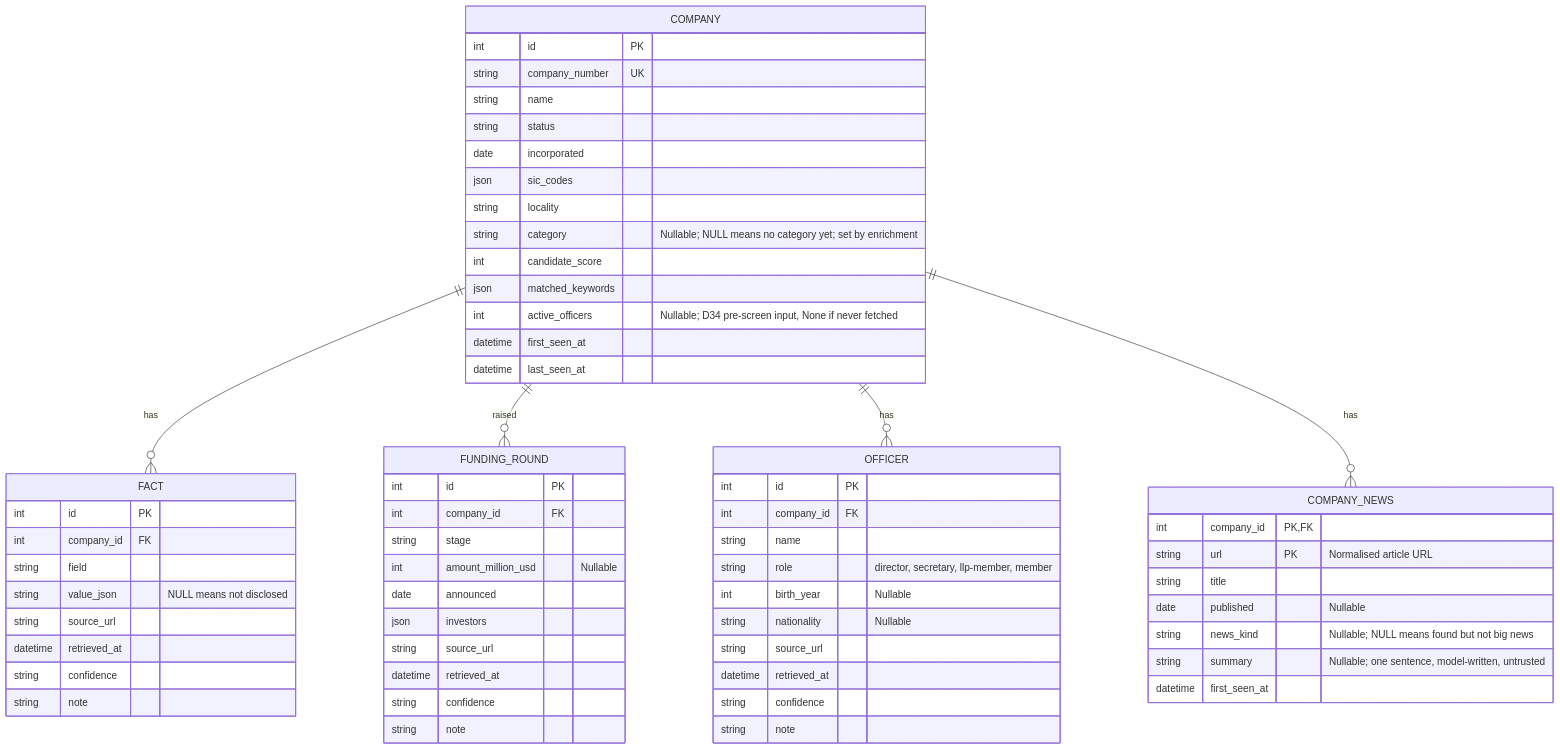
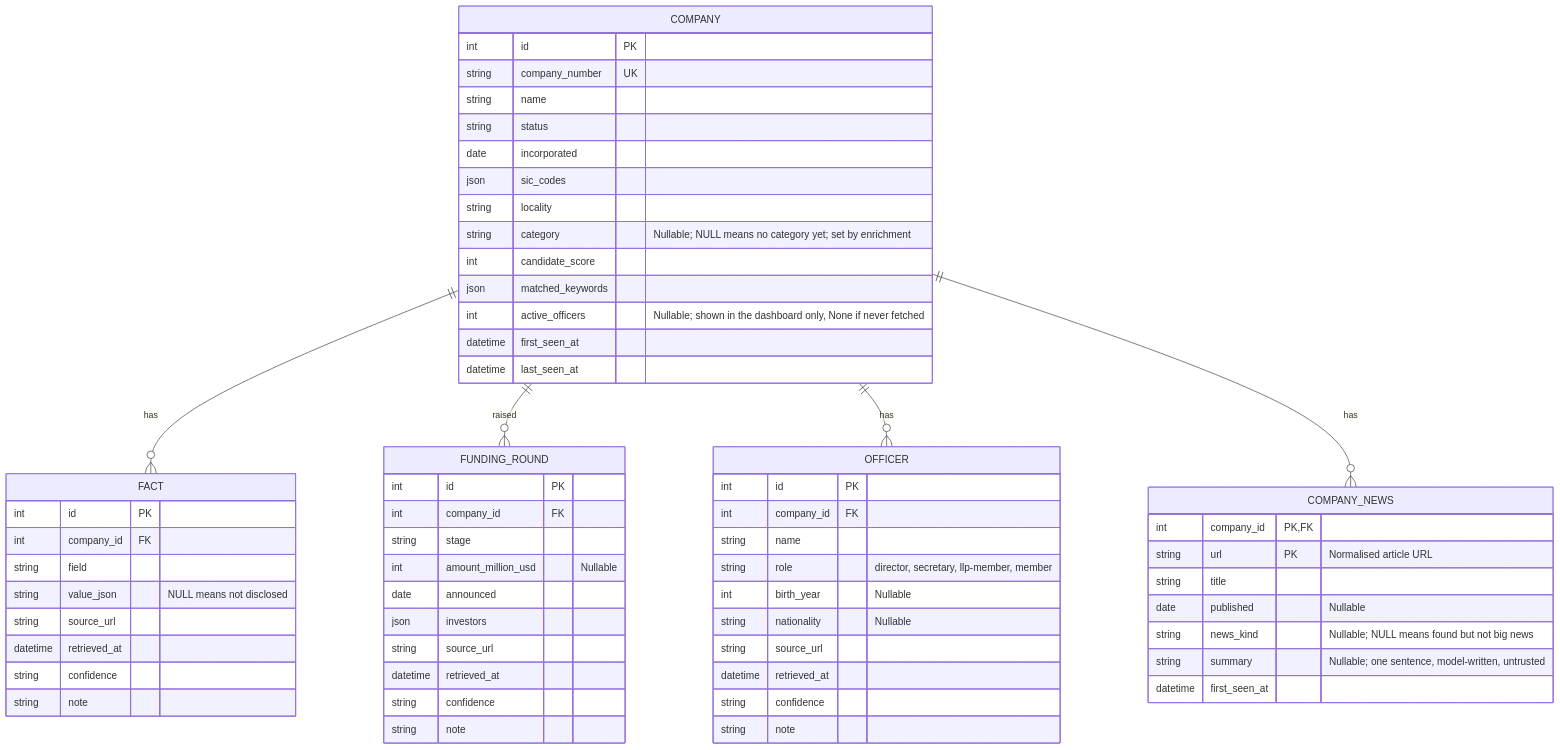
The first of 2 diagrams in docs/architecture/2. data-model.md (Farzaanee/sprout), drawn with Mermaid before and after one commit. The commit also changed other lines of this file and 31 other files, not shown here.

````diff
--- a/docs/architecture/2. data-model.md
+++ b/docs/architecture/2. data-model.md
@@ -7,65 +7,65 @@
 ```mermaid
 erDiagram
     COMPANY ||--o{ FACT : has
     COMPANY ||--o{ FUNDING_ROUND : raised
     COMPANY ||--o{ OFFICER : has
     COMPANY ||--o{ COMPANY_NEWS : has
     COMPANY {
         int id PK
         string company_number UK
         string name
         string status
         date incorporated
         json sic_codes
         string locality
         string category "Nullable; NULL means no category yet; set by enrichment"
         int candidate_score
         json matched_keywords
-        int active_officers "Nullable; D34 pre-screen input, None if never fetched"
+        int active_officers "Nullable; shown in the dashboard only, None if never fetched"
         datetime first_seen_at
         datetime last_seen_at
     }
     FACT {
         int id PK
         int company_id FK
         string field
         string value_json "NULL means not disclosed"
         string source_url
         datetime retrieved_at
         string confidence
         string note
     }
     FUNDING_ROUND {
         int id PK
         int company_id FK
         string stage
         int amount_million_usd "Nullable"
         date announced
         json investors
         string source_url
         datetime retrieved_at
         string confidence
         string note
     }
     OFFICER {
         int id PK
         int company_id FK
         string name
         string role "director, secretary, llp-member, member"
         int birth_year "Nullable"
         string nationality "Nullable"
         string source_url
         datetime retrieved_at
         string confidence
         string note
     }
     COMPANY_NEWS {
         int company_id PK, FK
         string url PK "Normalised article URL"
         string title
         date published "Nullable"
         string news_kind "Nullable; NULL means found but not big news"
         string summary "Nullable; one sentence, model-written, untrusted"
         datetime first_seen_at
     }
 ```
````
